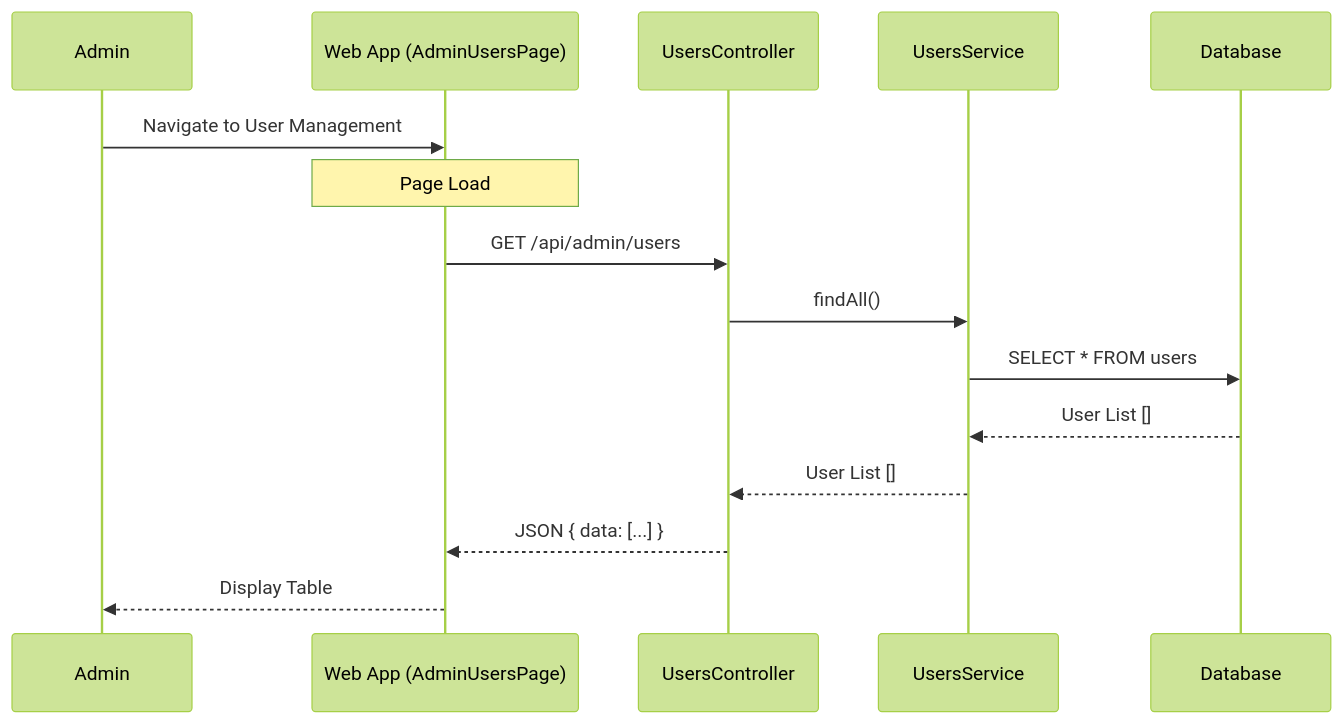
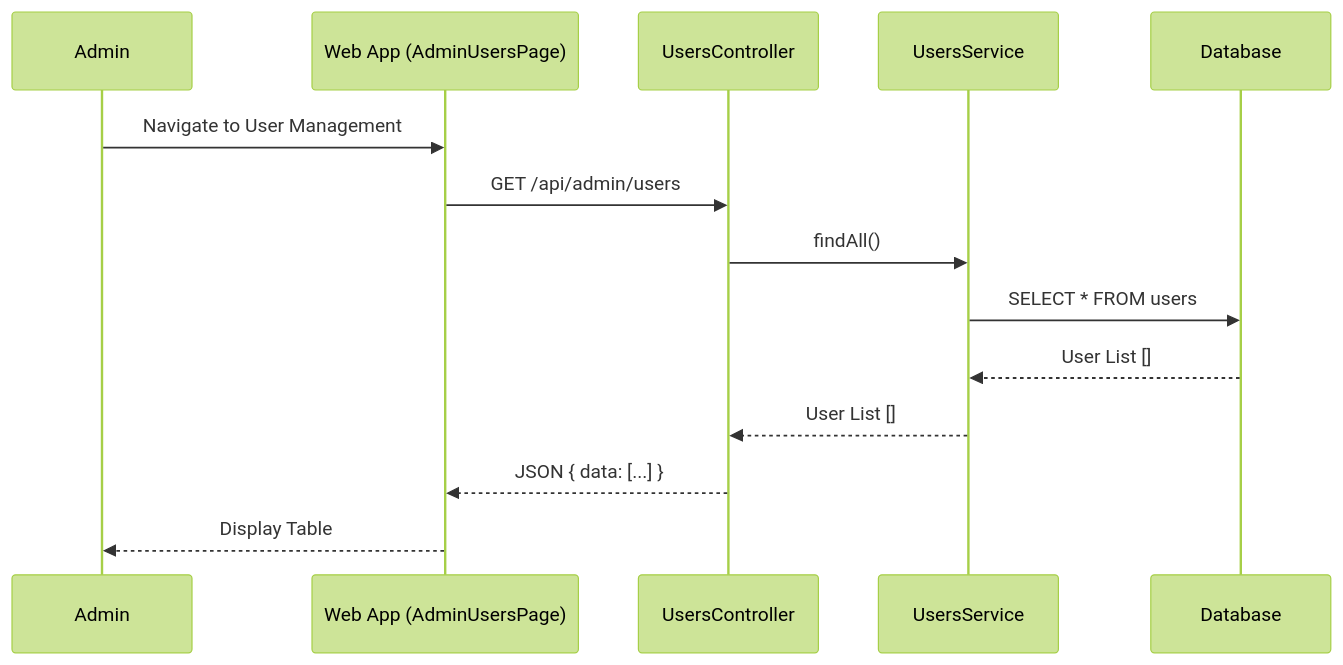
One commit to duong4444/agribot-dev changed the first of 7 diagrams in DOC-TTCS/user_management_docs.md. Above: the diagram before and after it, drawn with Mermaid (forest theme). The commit also changed other lines of this file and 10 other files, not shown here.

````diff
--- a/DOC-TTCS/user_management_docs.md
+++ b/DOC-TTCS/user_management_docs.md
@@ -95,18 +95,17 @@
 ```mermaid
 sequenceDiagram
     participant A as Admin
     participant FE as Web App (AdminUsersPage)
     participant CTL as UsersController
     participant SVC as UsersService
     participant DB as Database
 
     A->>FE: Navigate to User Management
-    Note over FE: Page Load
     FE->>CTL: GET /api/admin/users
     CTL->>SVC: findAll()
     SVC->>DB: SELECT * FROM users
     DB-->>SVC: User List []
     SVC-->>CTL: User List []
     CTL-->>FE: JSON { data: [...] }
     FE-->>A: Display Table
 ```
````
